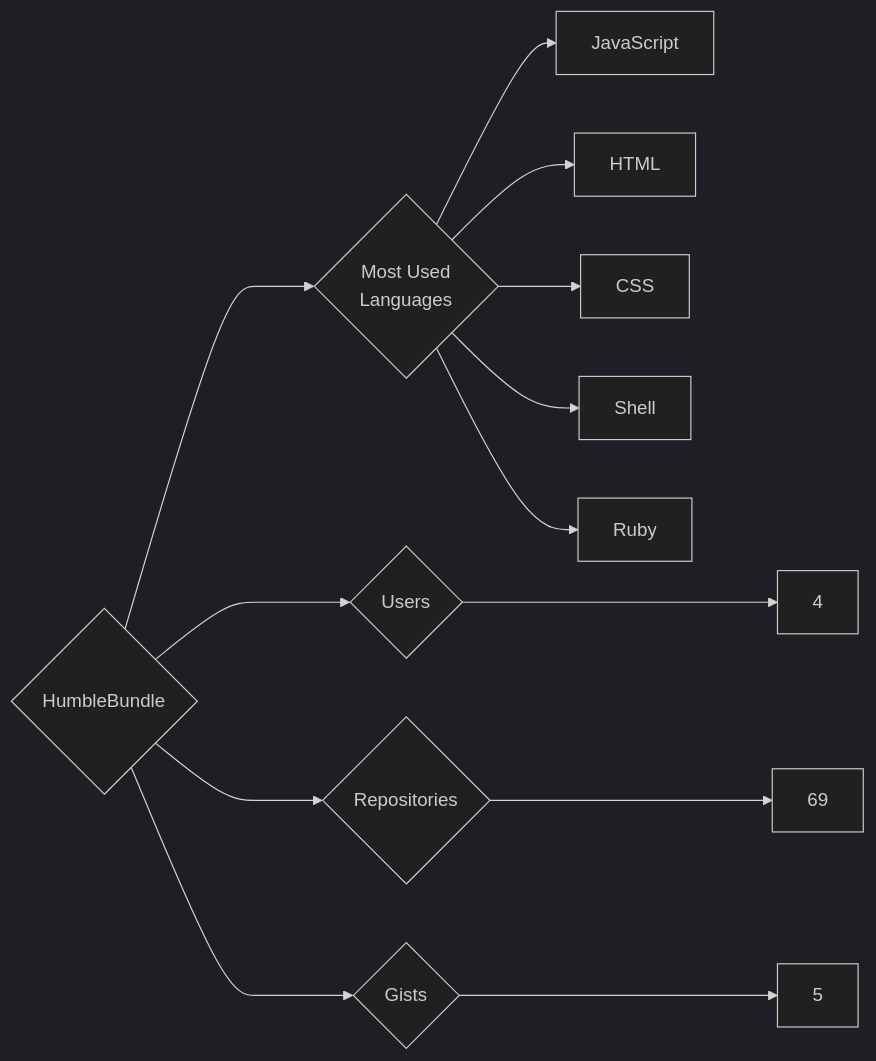
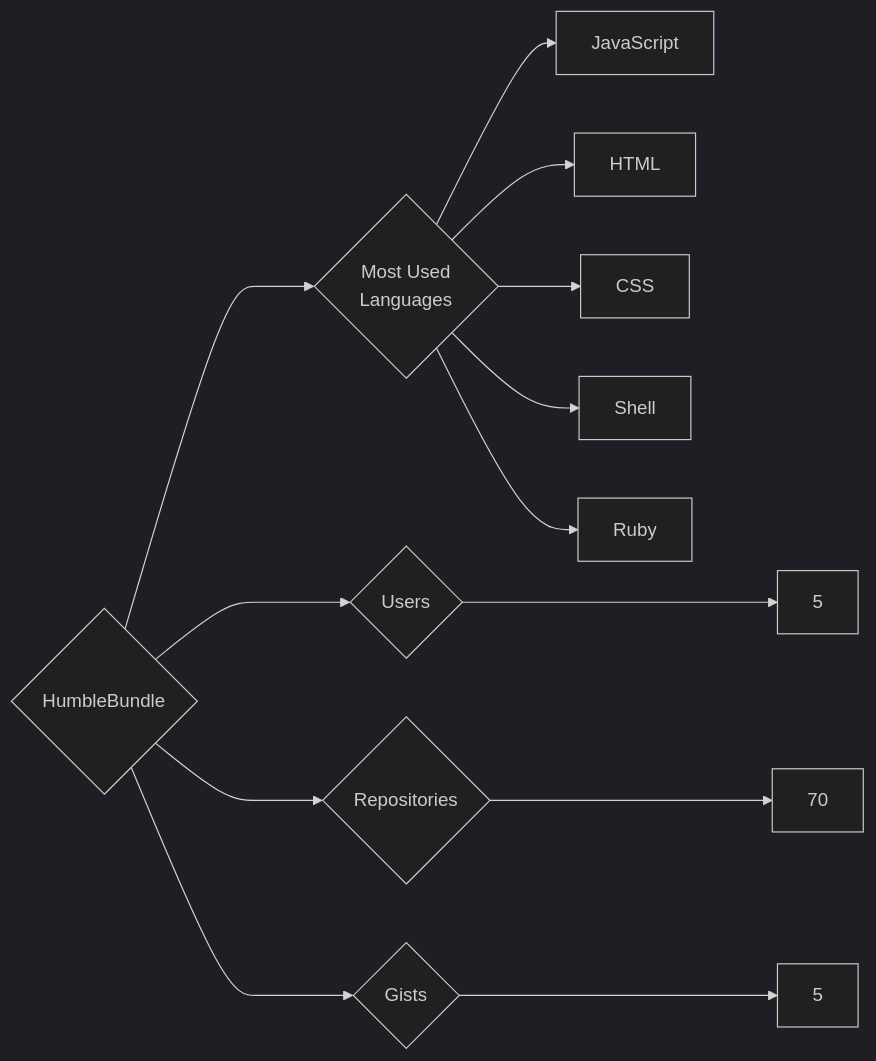
The diagram in targets/HumbleBundle/README.md (trickest/insiders), drawn with Mermaid (dark theme) before and after one commit. The commit also changed 1149 other files, not shown here.

````diff
--- a/targets/HumbleBundle/README.md
+++ b/targets/HumbleBundle/README.md
@@ -3,13 +3,13 @@
 ```mermaid
 graph LR
 COMPANY_NAME{HumbleBundle}
-COMPANY_NAME ---> U{Users} ---> UN[4]
-COMPANY_NAME ---> R{Repositories} ---> RN[69]
+COMPANY_NAME ---> U{Users} ---> UN[5]
+COMPANY_NAME ---> R{Repositories} ---> RN[70]
 COMPANY_NAME ---> G{Gists} ---> GN[5]
 COMPANY_NAME ---> ML{Most Used<br>Languages}
 ML --> JavaScript[JavaScript]
 ML --> HTML[HTML]
 ML --> CSS[CSS]
 ML --> Shell[Shell]
 ML --> Ruby[Ruby]
 ```
````
